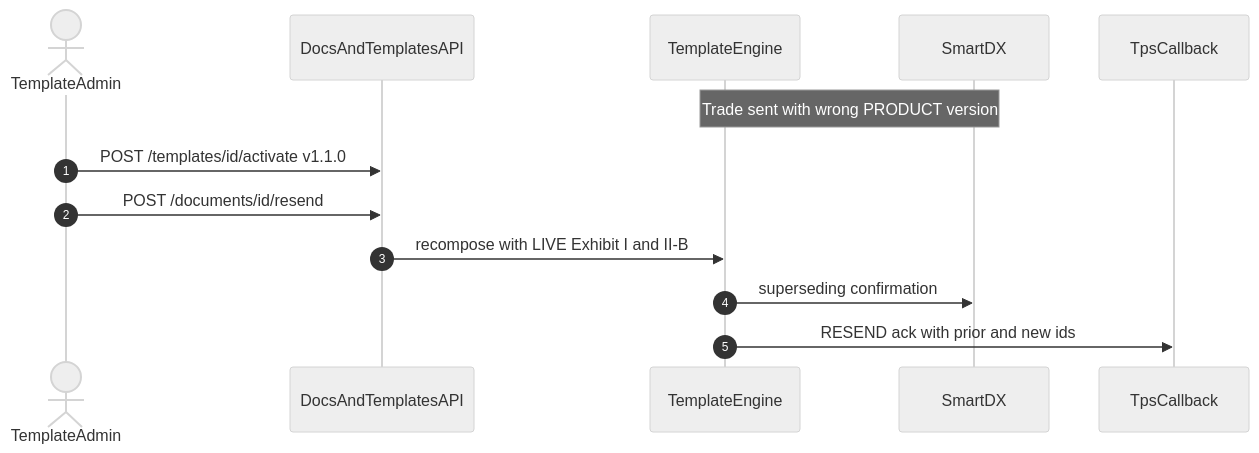
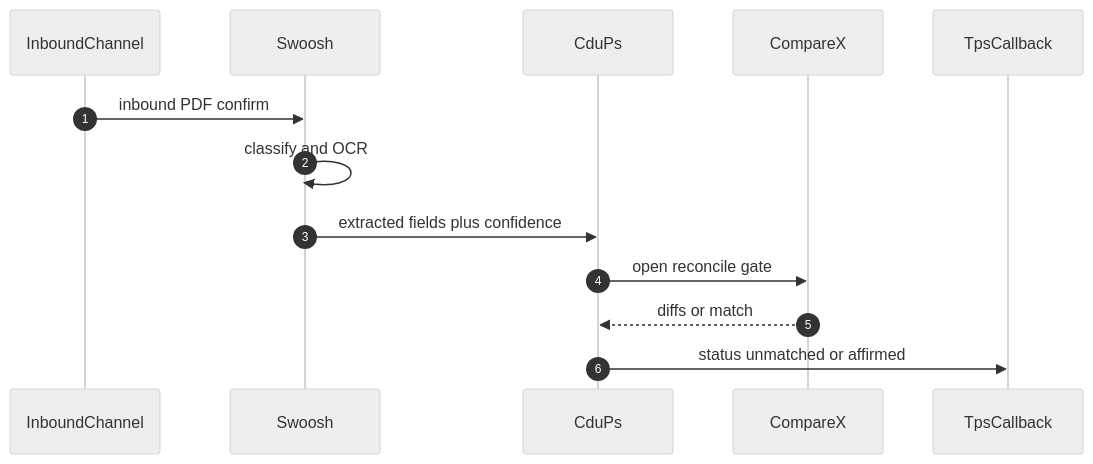
Before and after one commit to dae-nan/con4m8ions: diagram 12 of 15 in docs/prd-cdu-ps-v1.md, drawn with Mermaid (neutral theme). The commit also changed other lines of this file and 6 other files, not shown here.

First line of the commit message:
PRD v1.3: target arch, DDD, timeline, TemplatePackage LDM

````diff
--- a/docs/prd-cdu-ps-v1.md
+++ b/docs/prd-cdu-ps-v1.md
@@ -505,16 +599,16 @@
 ```mermaid
 sequenceDiagram
   autonumber
-  actor Admin as TemplateAdmin
-  participant API as DocsAndTemplatesAPI
-  participant Eng as TemplateEngine
-  participant SDX as SmartDX
+  participant In as InboundChannel
+  participant SW as Swoosh
+  participant CDU as CduPs
+  participant CX as CompareX
   participant CB as TpsCallback
 
-  Note over Eng,SDX: Trade sent with wrong PRODUCT version
-  Admin->>API: POST /templates/id/activate v1.1.0
-  Admin->>API: POST /documents/id/resend
-  API->>Eng: recompose with LIVE Exhibit I and II-B
-  Eng->>SDX: superseding confirmation
-  Eng->>CB: RESEND ack with prior and new ids
+  In->>SW: inbound PDF confirm
+  SW->>SW: classify and OCR
+  SW->>CDU: extracted fields plus confidence
+  CDU->>CX: open reconcile gate
+  CX-->>CDU: diffs or match
+  CDU->>CB: status unmatched or affirmed
 ```
````
